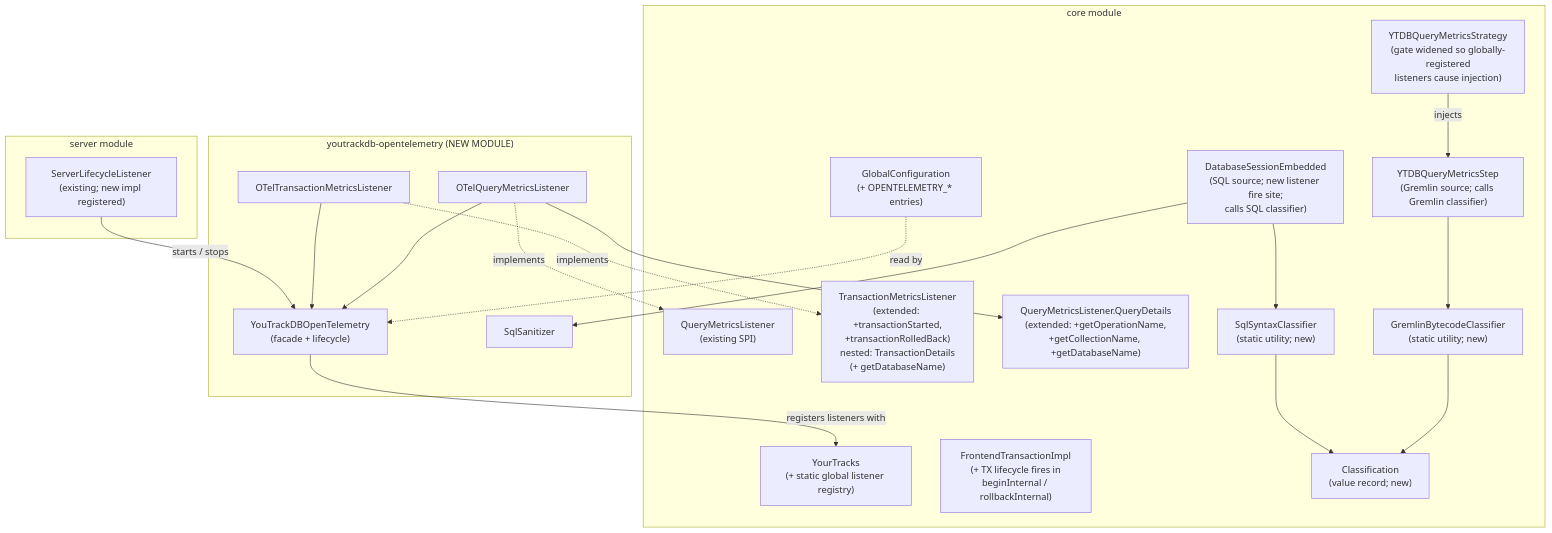
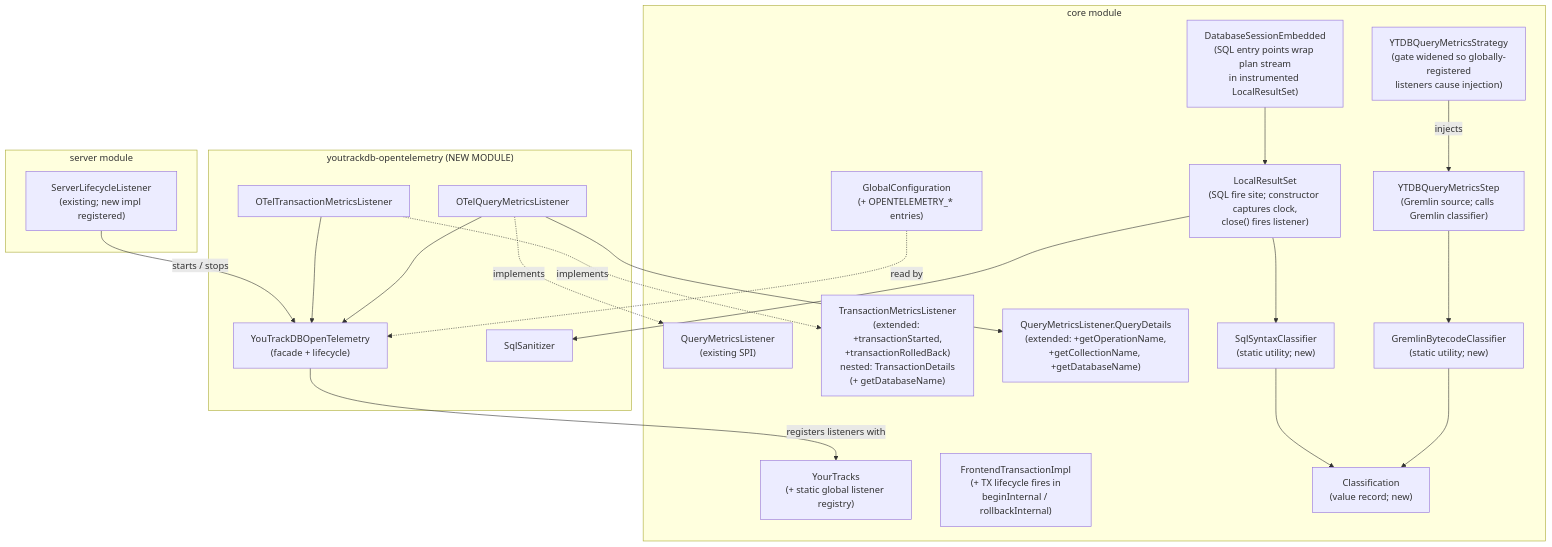
The diagram in docs/adr/ytdb-496-opentelemetry-support/_workflow/implementation-plan.md (JetBrains/youtrackdb), drawn with Mermaid before and after one commit. The commit also changed other lines of this file and 8 other files, not shown here.

Commit message:
M41-44 ytdb-496: variant 3 LocalResultSet + OTel Context + PR #1038

````diff
--- a/docs/adr/ytdb-496-opentelemetry-support/_workflow/implementation-plan.md
+++ b/docs/adr/ytdb-496-opentelemetry-support/_workflow/implementation-plan.md
@@ -31,43 +31,45 @@
 ```mermaid
 flowchart TB
     subgraph core["core module"]
         QML["QueryMetricsListener<br/>(existing SPI)"]
         TML["TransactionMetricsListener<br/>(extended: +transactionStarted,<br/>+transactionRolledBack)<br/>nested: TransactionDetails<br/>(+ getDatabaseName)"]
         QD["QueryMetricsListener.QueryDetails<br/>(extended: +getOperationName,<br/>+getCollectionName, +getDatabaseName)"]
         YOU["YourTracks<br/>(+ static global listener registry)"]
         TX["FrontendTransactionImpl<br/>(+ TX lifecycle fires in<br/>beginInternal / rollbackInternal)"]
         STEP["YTDBQueryMetricsStep<br/>(Gremlin source; calls Gremlin classifier)"]
         STRAT["YTDBQueryMetricsStrategy<br/>(gate widened so globally-registered<br/>listeners cause injection)"]
-        DSE["DatabaseSessionEmbedded<br/>(SQL source; new listener fire site;<br/>calls SQL classifier)"]
+        DSE["DatabaseSessionEmbedded<br/>(SQL entry points wrap plan stream<br/>in instrumented LocalResultSet)"]
+        LRS["LocalResultSet<br/>(SQL fire site; constructor captures clock,<br/>close() fires listener)"]
         GCLS["GremlinBytecodeClassifier<br/>(static utility; new)"]
         SCLS["SqlSyntaxClassifier<br/>(static utility; new)"]
         CLR["Classification<br/>(value record; new)"]
         GC["GlobalConfiguration<br/>(+ OPENTELEMETRY_* entries)"]
     end
 
     subgraph server["server module"]
         SLL["ServerLifecycleListener<br/>(existing; new impl registered)"]
     end
 
     subgraph otel["youtrackdb-opentelemetry (NEW MODULE)"]
         OTQ["OTelQueryMetricsListener"]
         OTT["OTelTransactionMetricsListener"]
         FAC["YouTrackDBOpenTelemetry<br/>(facade + lifecycle)"]
         SQLS["SqlSanitizer"]
     end
 
     OTQ -.implements.-> QML
     OTT -.implements.-> TML
     OTQ --> FAC
     OTT --> FAC
     OTQ --> QD
     FAC -- "registers listeners with" --> YOU
     SLL -- "starts / stops" --> FAC
     STEP --> GCLS
     STRAT -- "injects" --> STEP
-    DSE --> SCLS
-    DSE --> SQLS
+    DSE --> LRS
+    LRS --> SCLS
+    LRS --> SQLS
     GCLS --> CLR
     SCLS --> CLR
     GC -. read by .-> FAC
 ```
````
